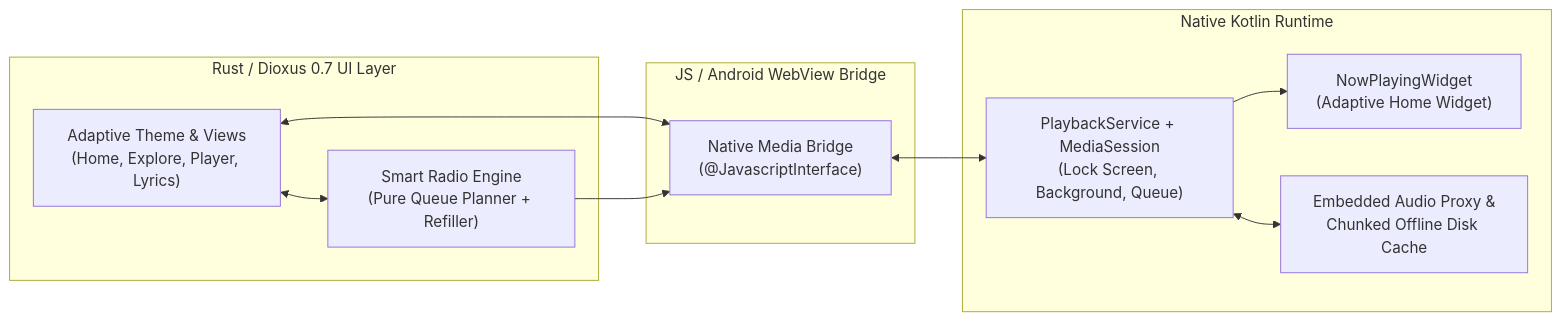
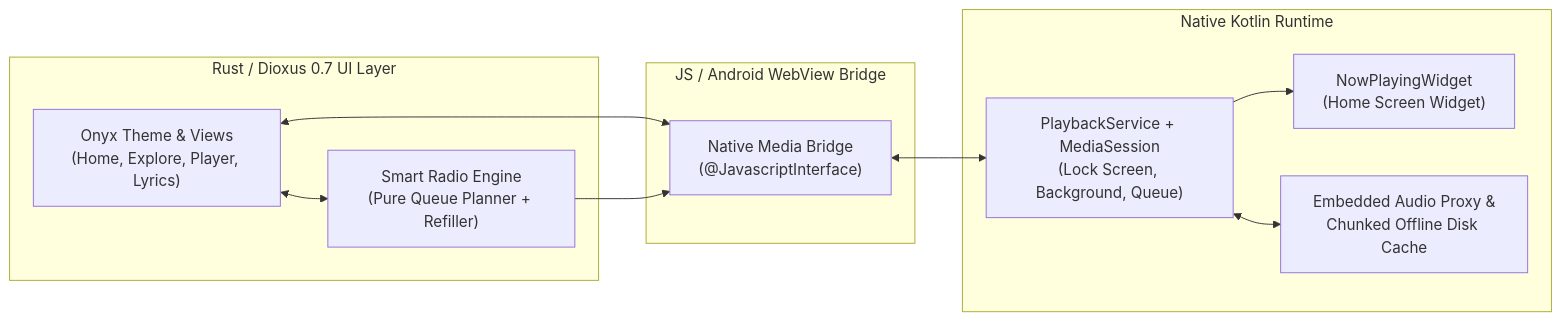
The diagram in README.md (h3rwthme/Music-), drawn with Mermaid before and after one commit. The commit also changed other lines of this file and 11 other files, not shown here.

````diff
--- a/README.md
+++ b/README.md
@@ -86,24 +79,24 @@
 ```mermaid
 flowchart LR
     subgraph UI["Rust / Dioxus 0.7 UI Layer"]
-        A["Adaptive Theme & Views<br/>(Home, Explore, Player, Lyrics)"]
+        A["Onyx Theme & Views<br/>(Home, Explore, Player, Lyrics)"]
         B["Smart Radio Engine<br/>(Pure Queue Planner + Refiller)"]
     end
 
     subgraph Bridge["JS / Android WebView Bridge"]
         C["Native Media Bridge<br/>(@JavascriptInterface)"]
     end
 
     subgraph Android["Native Kotlin Runtime"]
         D["PlaybackService + MediaSession<br/>(Lock Screen, Background, Queue)"]
-        E["NowPlayingWidget<br/>(Adaptive Home Widget)"]
+        E["NowPlayingWidget<br/>(Home Screen Widget)"]
         F["Embedded Audio Proxy &<br/>Chunked Offline Disk Cache"]
     end
 
     A <--> B
     A <--> C
     B --> C
     C <--> D
     D --> E
     D <--> F
 ```
````
